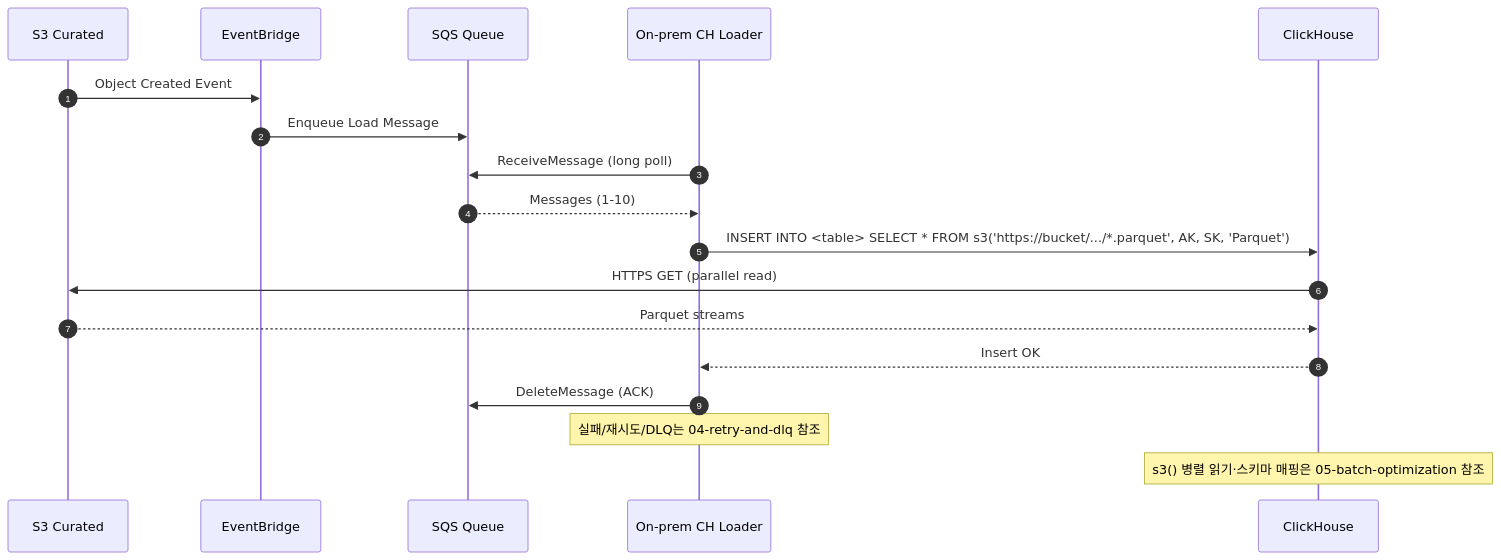
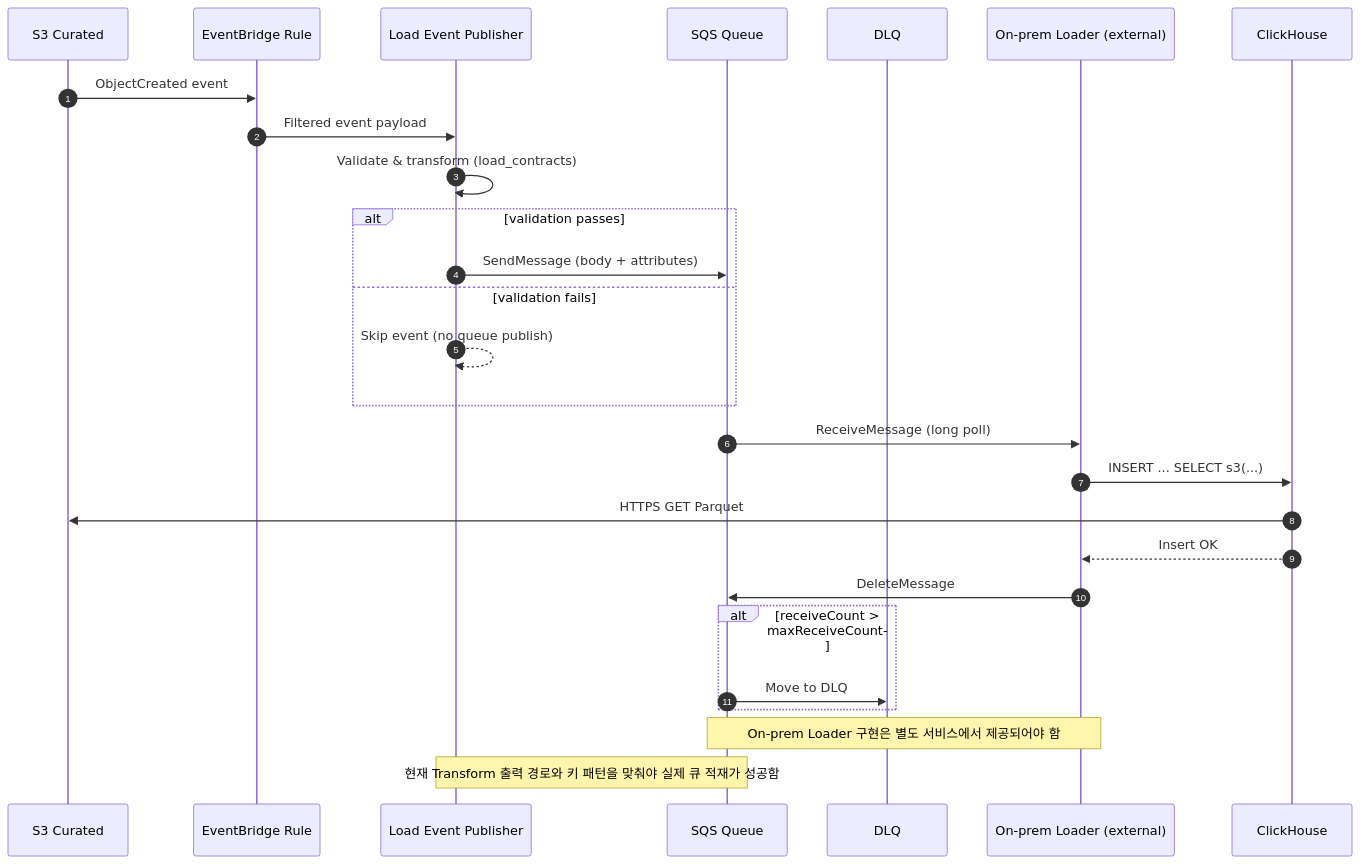
Before and after one commit to keemgdeok/fin-forge-pipeline: the diagram in docs/diagrams/load/03-sequence.md, drawn with Mermaid. The commit also changed 35 other files, not shown here.

Commit message:
docs: refresh diagrams

````diff
--- a/docs/diagrams/load/03-sequence.md
+++ b/docs/diagrams/load/03-sequence.md
@@ -1,22 +1,33 @@
 ```mermaid
 sequenceDiagram
   autonumber
   participant S3 as S3 Curated
-  participant EB as EventBridge
+  participant EB as EventBridge Rule
+  participant LMB as Load Event Publisher
   participant SQS as SQS Queue
-  participant AGT as On‑prem CH Loader
+  participant DLQ as DLQ
+  participant AGT as On‑prem Loader (external)
   participant CH as ClickHouse
 
-  S3->>EB: Object Created Event
-  EB->>SQS: Enqueue Load Message
-  AGT->>SQS: ReceiveMessage (long poll)
-  SQS-->>AGT: Messages (1-10)
-  AGT->>CH: INSERT INTO <table> SELECT * FROM s3('https://bucket/.../*.parquet', AK, SK, 'Parquet')
-  CH->>S3: HTTPS GET (parallel read)
-  S3-->>CH: Parquet streams
+  S3->>EB: ObjectCreated event
+  EB->>LMB: Filtered event payload
+  LMB->>LMB: Validate & transform (load_contracts)
+  alt validation passes
+    LMB->>SQS: SendMessage (body + attributes)
+  else validation fails
+    LMB-->>LMB: Skip event (no queue publish)
+  end
+
+  %% External consumption (아직 구성되지 않음)
+  SQS->>AGT: ReceiveMessage (long poll)
+  AGT->>CH: INSERT ... SELECT s3(...)
+  CH->>S3: HTTPS GET Parquet
   CH-->>AGT: Insert OK
-  AGT->>SQS: DeleteMessage (ACK)
+  AGT->>SQS: DeleteMessage
+  alt receiveCount > maxReceiveCount
+    SQS->>DLQ: Move to DLQ
+  end
 
-  Note over AGT: 실패/재시도/DLQ는 04-retry-and-dlq 참조
-  Note over CH: s3() 병렬 읽기·스키마 매핑은 05-batch-optimization 참조
+  Note over AGT,SQS: On‑prem Loader 구현은 별도 서비스에서 제공되어야 함
+  Note over LMB,SQS: 현재 Transform 출력 경로와 키 패턴을 맞춰야 실제 큐 적재가 성공함
 ```
````
